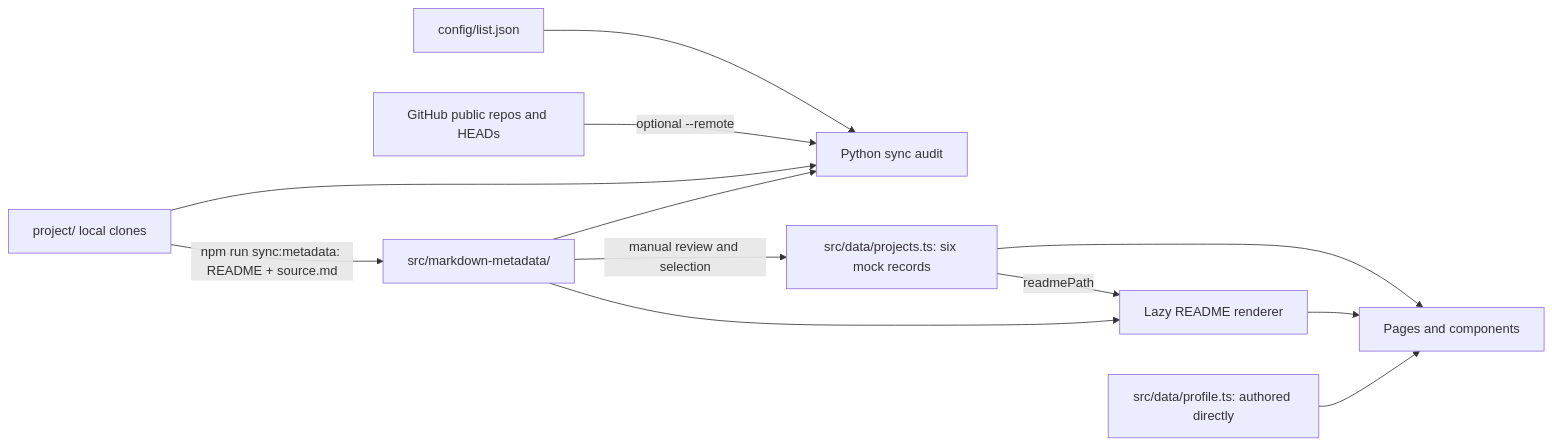
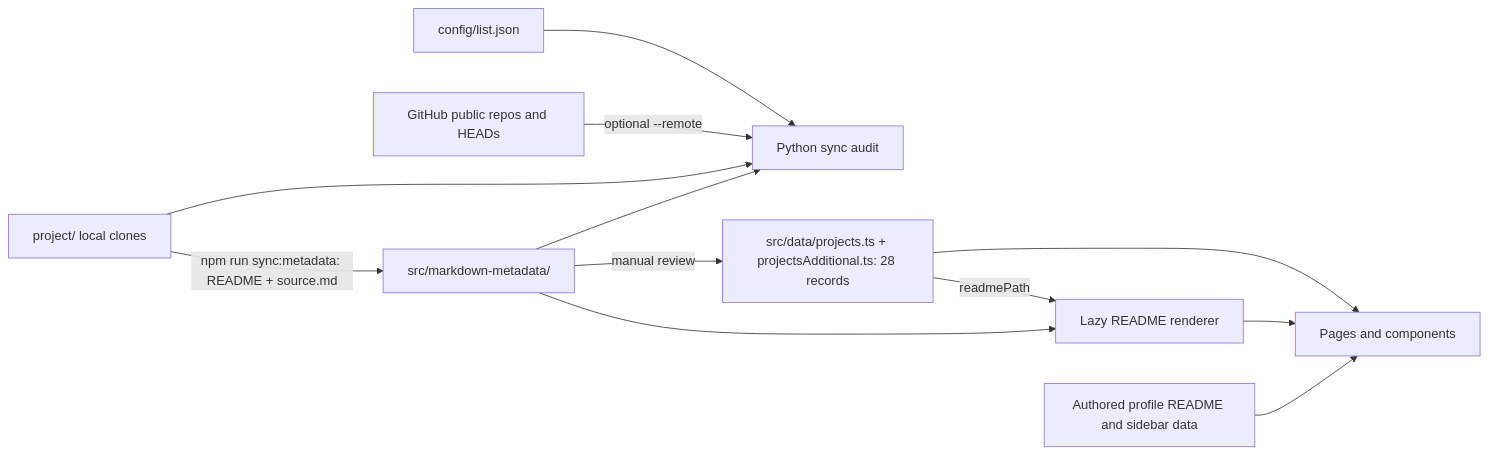
One commit to jakkarin-promsee/portfolio changed the diagram in README.md. Above: the diagram before and after it, drawn with Mermaid. The commit also changed other lines of this file and 3 other files, not shown here.

````diff
--- a/README.md
+++ b/README.md
@@ -42,14 +48,14 @@
 ```mermaid
 flowchart LR
   I[config/list.json] --> A[Python sync audit]
   G[GitHub public repos and HEADs] -->|optional --remote| A
   P[project/ local clones] --> A
   M[src/markdown-metadata/] --> A
   P -->|npm run sync:metadata: README + source.md| M
-  M -->|manual review and selection| D[src/data/projects.ts: six mock records]
+  M -->|manual review| D[src/data/projects.ts + projectsAdditional.ts: 28 records]
   D --> W[Pages and components]
   D -->|readmePath| R[Lazy README renderer]
   M --> R
   R --> W
-  F[src/data/profile.ts: authored directly] --> W
+  F[Authored profile README and sidebar data] --> W
 ```
````
